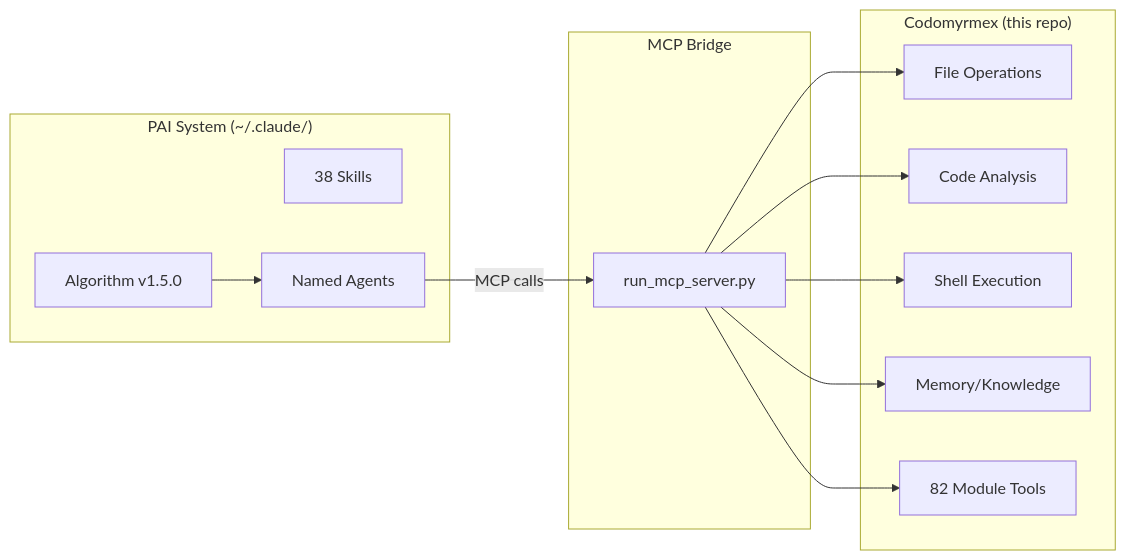
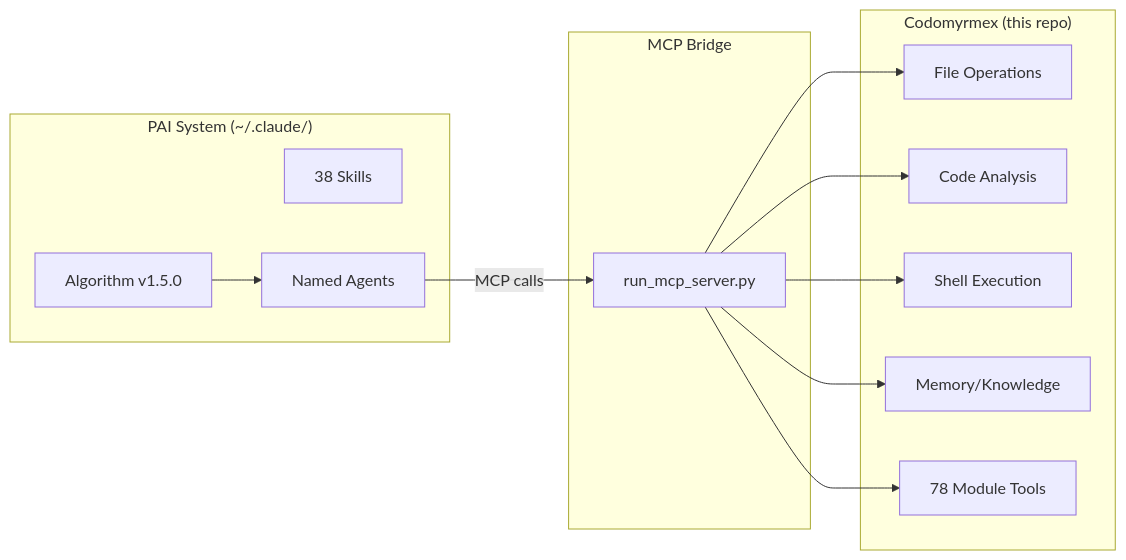
Before and after one commit to docxology/codomyrmex: the diagram in PAI.md, drawn with Mermaid. The commit also changed other lines of this file and 3909 other files, not shown here.

````diff
--- a/PAI.md
+++ b/PAI.md
@@ -35,28 +35,28 @@
 ```mermaid
 graph LR
     subgraph PAI ["PAI System (~/.claude/)"]
         Algo["Algorithm v1.5.0"]
         Skills["38 Skills"]
         Agents["Named Agents"]
     end
 
     subgraph Bridge ["MCP Bridge"]
         Server["run_mcp_server.py"]
     end
 
     subgraph Codomyrmex ["Codomyrmex (this repo)"]
         FileOps["File Operations"]
         CodeAnalysis["Code Analysis"]
         Shell["Shell Execution"]
         Memory["Memory/Knowledge"]
-        Modules["82 Module Tools"]
+        Modules["78 Module Tools"]
     end
 
     Algo --> Agents
     Agents -->|"MCP calls"| Server
     Server --> FileOps
     Server --> CodeAnalysis
     Server --> Shell
     Server --> Memory
     Server --> Modules
 ```
````
